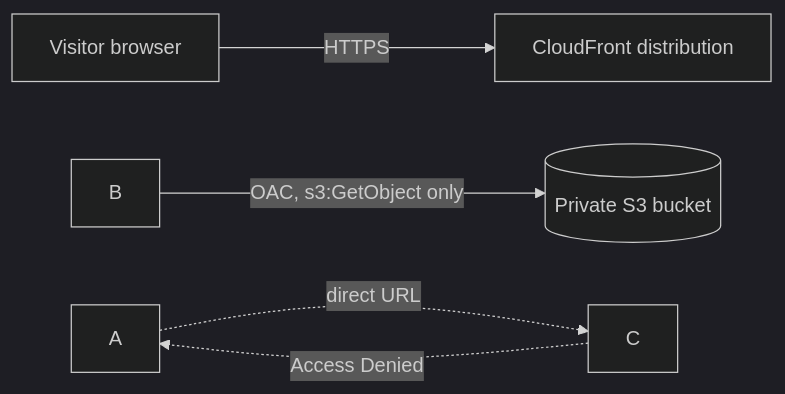
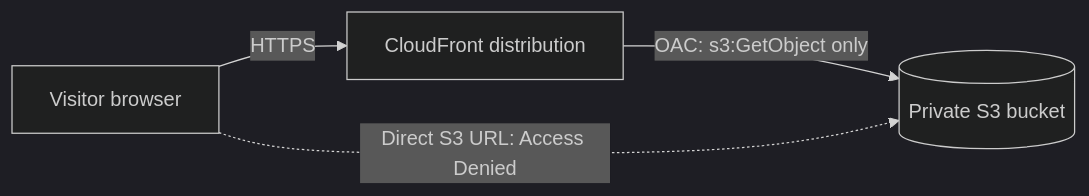
Before and after one commit to Franriri/aws-s3-cloudfront-static-site: the diagram in README.md, drawn with Mermaid (dark theme).

Commit message:
Update architecture diagram in README.md

````diff
--- a/README.md
+++ b/README.md
@@ -9,7 +9,9 @@
 ```mermaid
 flowchart LR
-    A\[Visitor browser] -->|HTTPS| B\[CloudFront distribution]
-    B -->|OAC, s3:GetObject only| C\[(Private S3 bucket)]
-    A -. direct URL .-> C
-    C -. Access Denied .-> A
+    V[Visitor browser]
+    CF[CloudFront distribution]
+    S3[(Private S3 bucket)]
+    V -->|HTTPS| CF
+    CF -->|"OAC: s3:GetObject only"| S3
+    V -.->|"Direct S3 URL: Access Denied"| S3
 ```
````
